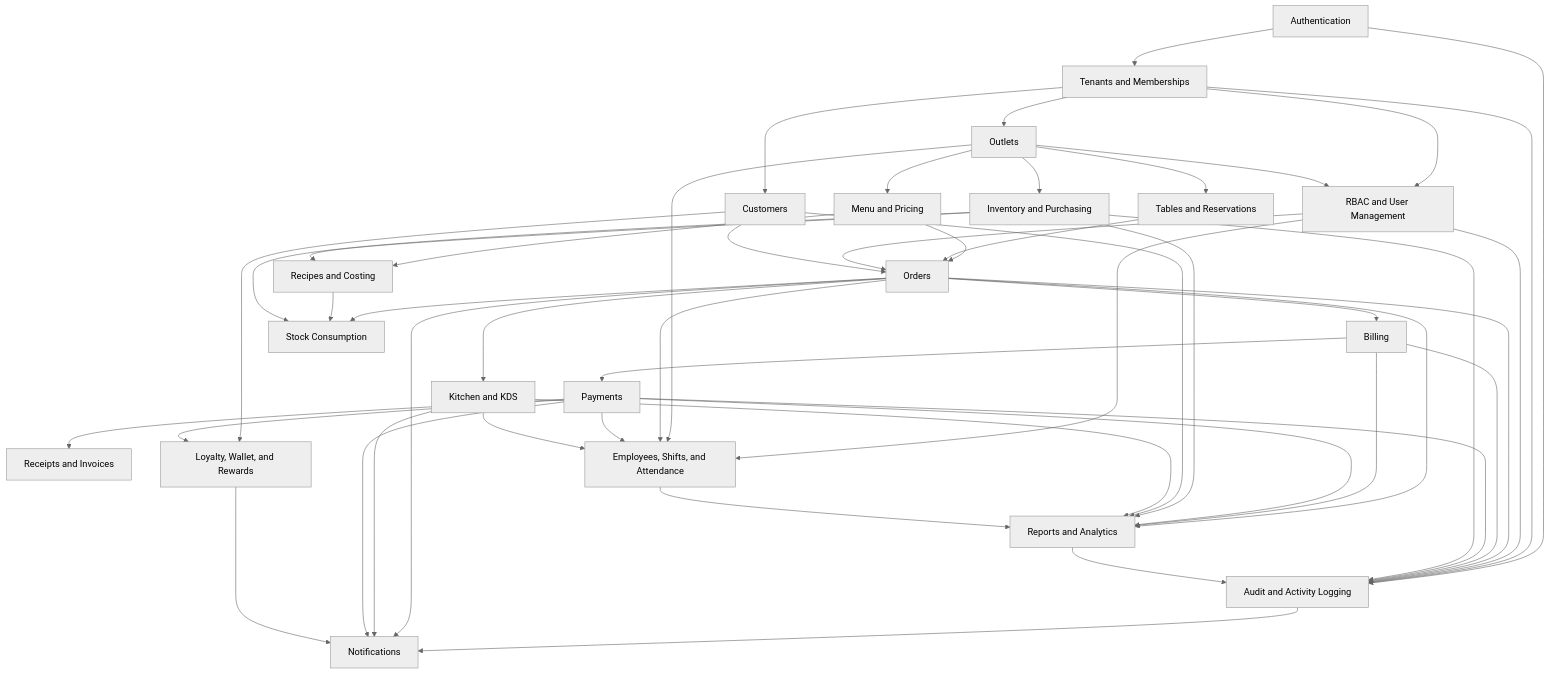
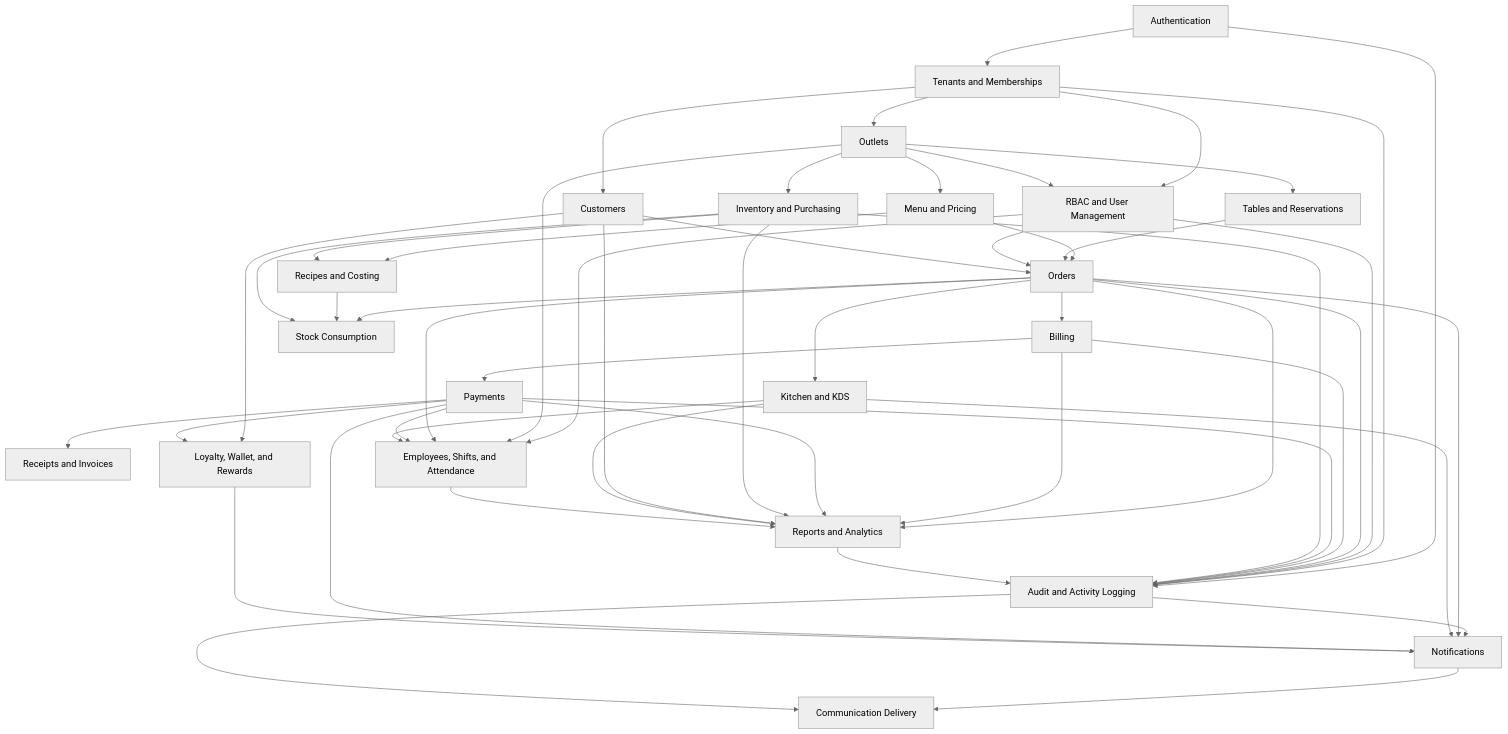
The diagram in docs/ai/MODULE_DEPENDENCIES.md (dhruv-kala/restaurant-pos), drawn with Mermaid (neutral theme) before and after one commit. The commit also changed other lines of this file and 32 other files, not shown here.

````diff
--- a/docs/ai/MODULE_DEPENDENCIES.md
+++ b/docs/ai/MODULE_DEPENDENCIES.md
@@ -15,59 +15,61 @@
 ```mermaid
 flowchart TD
     AUTH["Authentication"] --> TENANT["Tenants and Memberships"]
     TENANT --> OUTLET["Outlets"]
     TENANT --> RBAC["RBAC and User Management"]
     OUTLET --> RBAC
 
     OUTLET --> MENU["Menu and Pricing"]
     OUTLET --> TABLES["Tables and Reservations"]
     MENU --> ORDERS["Orders"]
     TABLES --> ORDERS
     RBAC --> ORDERS
 
     ORDERS --> KITCHEN["Kitchen and KDS"]
     ORDERS --> BILLING["Billing"]
     BILLING --> PAYMENTS["Payments"]
     PAYMENTS --> RECEIPTS["Receipts and Invoices"]
 
     OUTLET --> INVENTORY["Inventory and Purchasing"]
     MENU --> RECIPES["Recipes and Costing"]
     INVENTORY --> RECIPES
     ORDERS --> CONSUMPTION["Stock Consumption"]
     RECIPES --> CONSUMPTION
     INVENTORY --> CONSUMPTION
 
     TENANT --> CUSTOMERS["Customers"]
     CUSTOMERS --> ORDERS
     CUSTOMERS --> LOYALTY["Loyalty, Wallet, and Rewards"]
     PAYMENTS --> LOYALTY
 
     RBAC --> EMPLOYEES["Employees, Shifts, and Attendance"]
     OUTLET --> EMPLOYEES
     ORDERS --> EMPLOYEES
     PAYMENTS --> EMPLOYEES
     KITCHEN --> EMPLOYEES
 
     ORDERS --> REPORTS["Reports and Analytics"]
     BILLING --> REPORTS
     PAYMENTS --> REPORTS
     INVENTORY --> REPORTS
     CUSTOMERS --> REPORTS
     KITCHEN --> REPORTS
     EMPLOYEES --> REPORTS
 
     AUTH --> AUDIT["Audit and Activity Logging"]
     TENANT --> AUDIT
     RBAC --> AUDIT
     ORDERS --> AUDIT
     BILLING --> AUDIT
     PAYMENTS --> AUDIT
     INVENTORY --> AUDIT
     REPORTS --> AUDIT
 
     AUDIT --> NOTIFICATIONS["Notifications"]
     ORDERS --> NOTIFICATIONS
     KITCHEN --> NOTIFICATIONS
     PAYMENTS --> NOTIFICATIONS
     LOYALTY --> NOTIFICATIONS
+    NOTIFICATIONS --> COMMUNICATION["Communication Delivery"]
+    AUDIT --> COMMUNICATION
 ```
````
